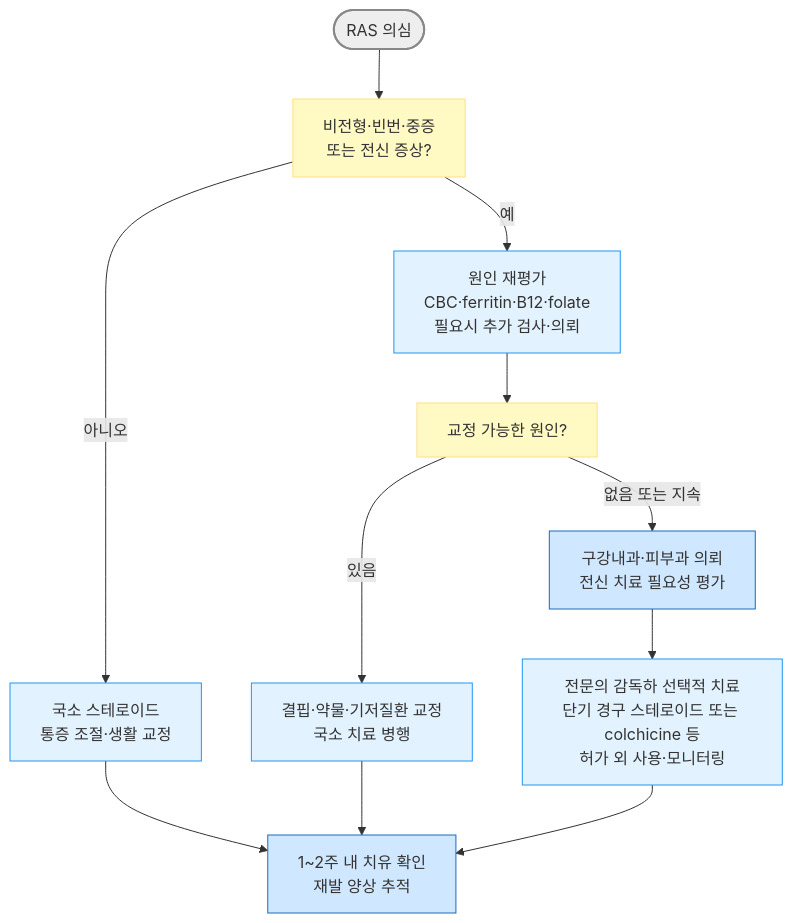
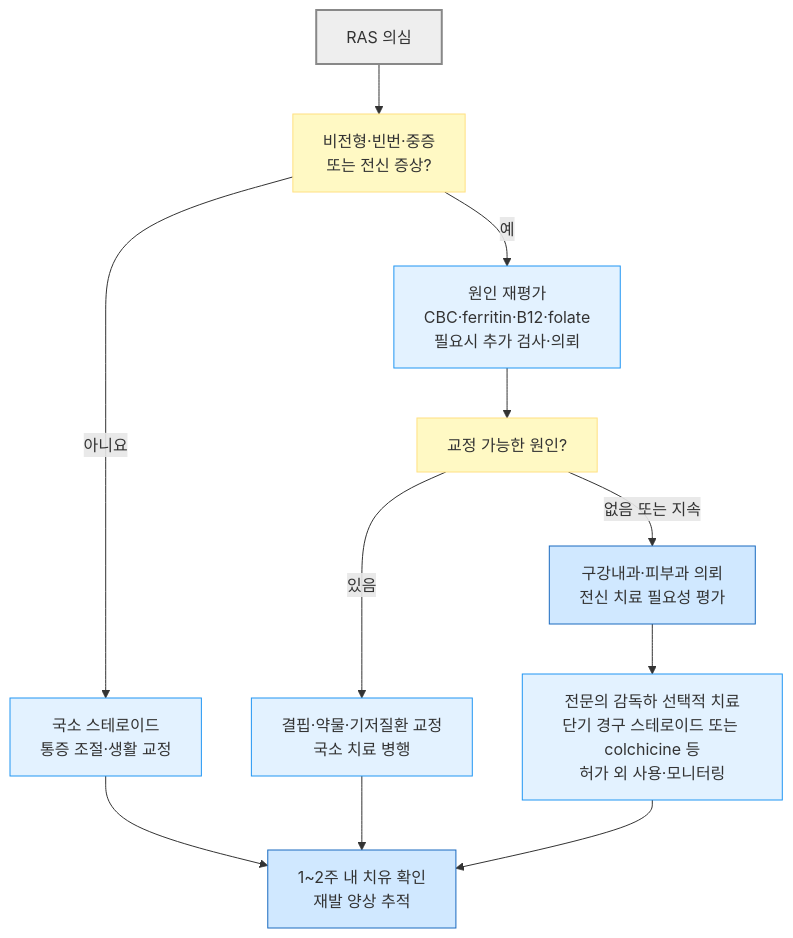
Before and after one commit to familyoh77/familyoh77: the second of 2 diagrams in 222_/054_-stomatitis.md, drawn with Mermaid. The commit also changed other lines of this file and 13 other files, not shown here.

````diff
--- a/222_/054_-stomatitis.md
+++ b/222_/054_-stomatitis.md
@@ -290,21 +295,21 @@
 ```mermaid
 flowchart TD
-    RAS(["RAS 의심"]) --> SEV["비전형·빈번·중증<br/>또는 전신 증상?"]
-    SEV --> |아니오| LOCAL["국소 스테로이드<br/>통증 조절·생활 교정"]
-    SEV --> |예| WORK["원인 재평가<br/>CBC·ferritin·B12·folate<br/>필요시 추가 검사·의뢰"]
+    RAS["RAS 의심"] --> SEV["비전형·빈번·중증<br/>또는 전신 증상?"]
+    SEV -- "아니요" --> LOCAL["국소 스테로이드<br/>통증 조절·생활 교정"]
+    SEV -- "예" --> WORK["원인 재평가<br/>CBC·ferritin·B12·folate<br/>필요시 추가 검사·의뢰"]
     WORK --> CAUSE["교정 가능한 원인?"]
-    CAUSE --> |있음| CORRECT["결핍·약물·기저질환 교정<br/>국소 치료 병행"]
-    CAUSE --> |없음 또는 지속| REFER["구강내과·피부과 의뢰<br/>전신 치료 필요성 평가"]
+    CAUSE -- "있음" --> CORRECT["결핍·약물·기저질환 교정<br/>국소 치료 병행"]
+    CAUSE -- "없음 또는 지속" --> REFER["구강내과·피부과 의뢰<br/>전신 치료 필요성 평가"]
     REFER --> SYSTEMIC["전문의 감독하 선택적 치료<br/>단기 경구 스테로이드 또는 colchicine 등<br/>허가 외 사용·모니터링"]
     LOCAL --> FOLLOW["1~2주 내 치유 확인<br/>재발 양상 추적"]
     CORRECT --> FOLLOW
     SYSTEMIC --> FOLLOW
 
-style RAS fill:#eeeeee,stroke:#888888,stroke-width:2px
+style RAS fill:#eee,stroke:#888,stroke-width:2px
 classDef yellow fill:#fff9c4,stroke:#ffe082
 class SEV,CAUSE yellow
 classDef sky fill:#e3f2ff,stroke:#2196f3
 class LOCAL,WORK,CORRECT,SYSTEMIC sky
 classDef blue fill:#d0e8ff,stroke:#1a6abf
 class REFER,FOLLOW blue
 ```
````
